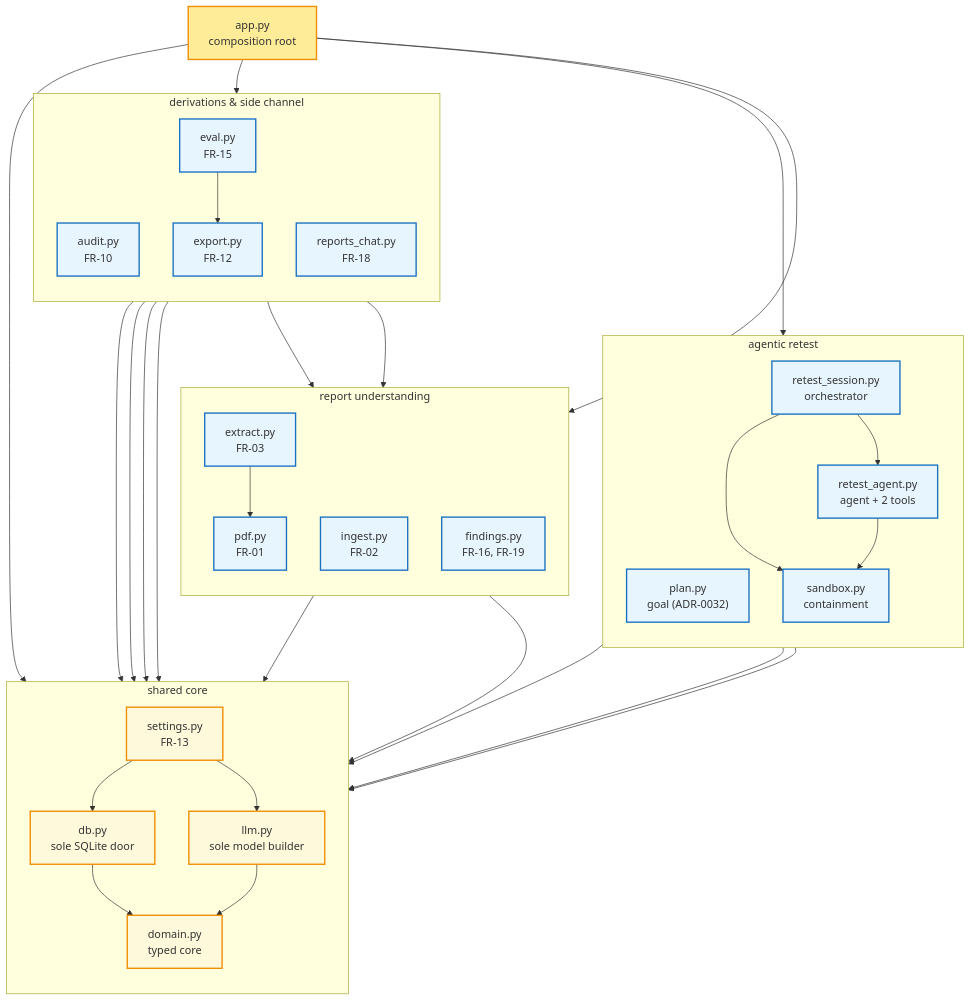
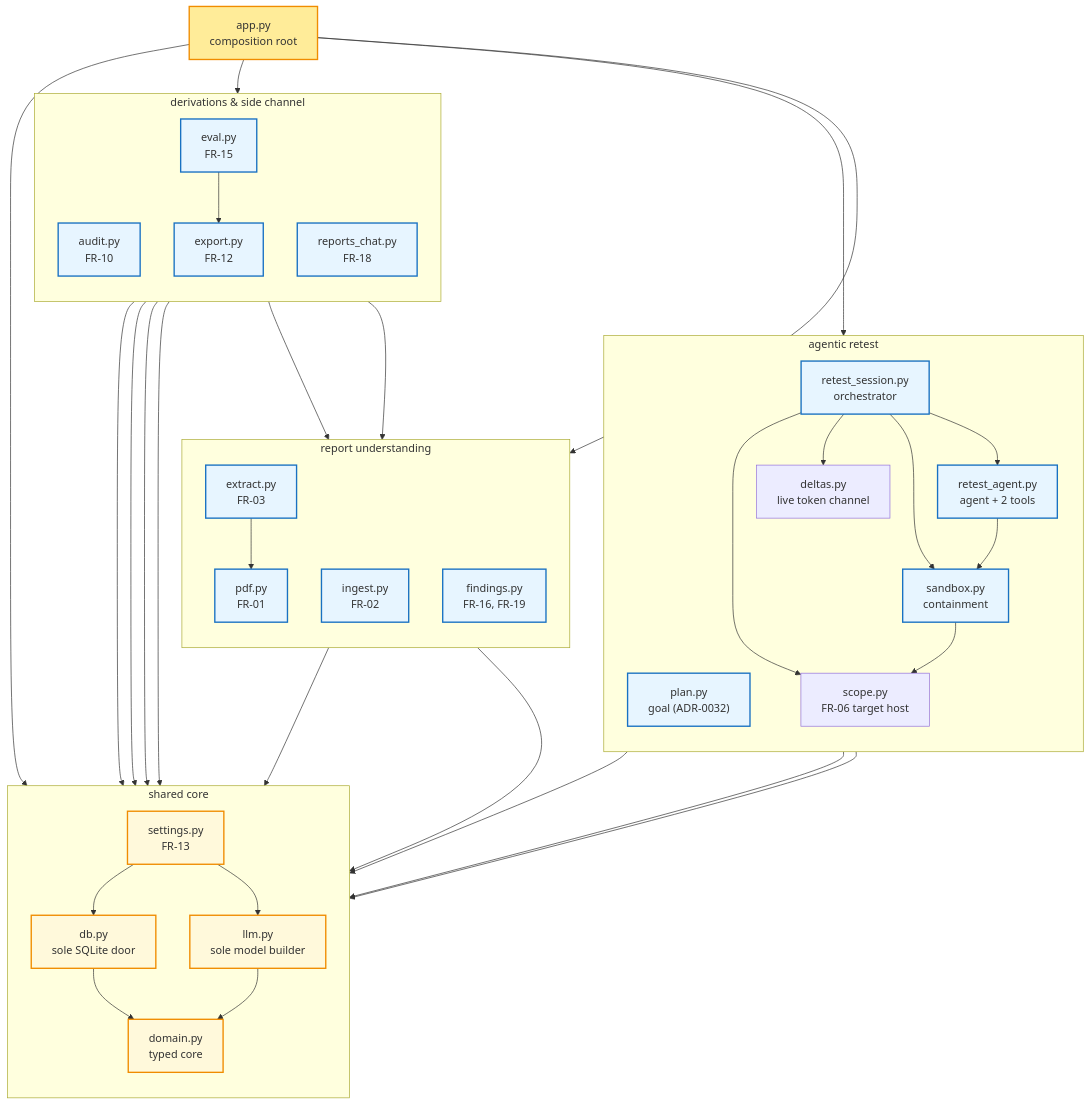
Before and after one commit to SelfishCoconut/revalid: the third of 8 diagrams in docs/architecture/c4.md, drawn with Mermaid. The commit also changed other lines of this file and 57 other files, not shown here.

````diff
--- a/docs/architecture/c4.md
+++ b/docs/architecture/c4.md
@@ -97,69 +97,74 @@
 ```mermaid
 flowchart TB
     APP["app.py<br/>composition root"]
 
     subgraph UND["report understanding"]
         direction TB
         PDF["pdf.py<br/>FR-01"]
         EXT["extract.py<br/>FR-03"]
         IGS["ingest.py<br/>FR-02"]
         FND["findings.py<br/>FR-16, FR-19"]
     end
 
     subgraph RET["agentic retest"]
         direction TB
         PLN["plan.py<br/>goal (ADR-0032)"]
         RSS["retest_session.py<br/>orchestrator"]
         RAG["retest_agent.py<br/>agent + 2 tools"]
         SBX["sandbox.py<br/>containment"]
+        SCP["scope.py<br/>FR-06 target host"]
+        DLT["deltas.py<br/>live token channel"]
     end
 
     subgraph DER["derivations & side channel"]
         direction TB
         AUD["audit.py<br/>FR-10"]
         EXP["export.py<br/>FR-12"]
         EVL["eval.py<br/>FR-15"]
         CHT["reports_chat.py<br/>FR-18"]
     end
 
     subgraph CORE["shared core"]
         direction TB
         DOM["domain.py<br/>typed core"]
         DBM["db.py<br/>sole SQLite door"]
         LLMM["llm.py<br/>sole model builder"]
         SET["settings.py<br/>FR-13"]
     end
 
     APP --> UND
     APP --> RET
     APP --> DER
     APP --> SET
 
     EXT --> PDF
     EXT --> LLMM
     PLN --> LLMM
     RAG --> LLMM
     CHT --> LLMM
     CHT --> FND
     RSS --> RAG
     RSS --> SBX
+    RSS --> DLT
+    RSS --> SCP
     RAG --> SBX
+    SBX --> SCP
     EXP --> FND
     EVL --> EXP
     SET --> LLMM
     FND --> DBM
     RSS --> DBM
     AUD --> DBM
     EXP --> DBM
     CHT --> DBM
     SET --> DBM
     DBM --> DOM
     LLMM --> DOM
 
     classDef root fill:#ffec99,stroke:#f08c00,stroke-width:2px
     classDef core fill:#fff9db,stroke:#f08c00,stroke-width:2px
     classDef comp fill:#e7f5ff,stroke:#1971c2,stroke-width:2px
     class APP root
     class DOM,DBM,LLMM,SET core
     class PDF,EXT,IGS,FND,PLN,RSS,RAG,SBX,AUD,EXP,EVL,CHT comp
 ```
````
